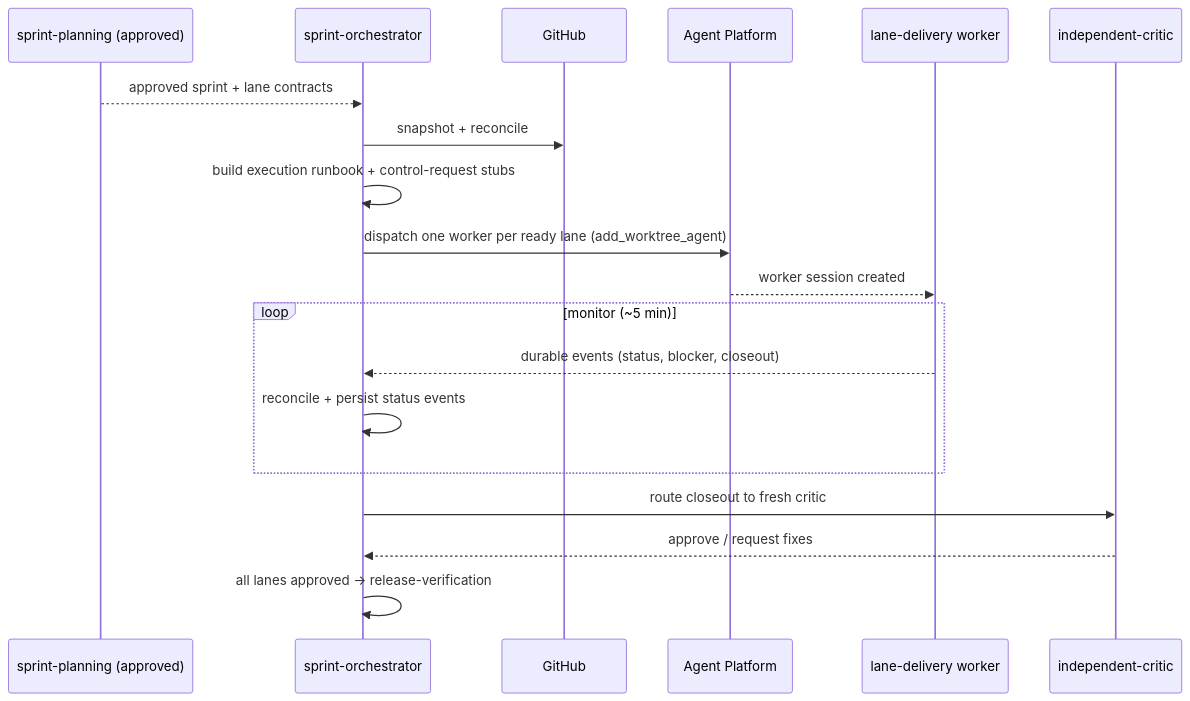
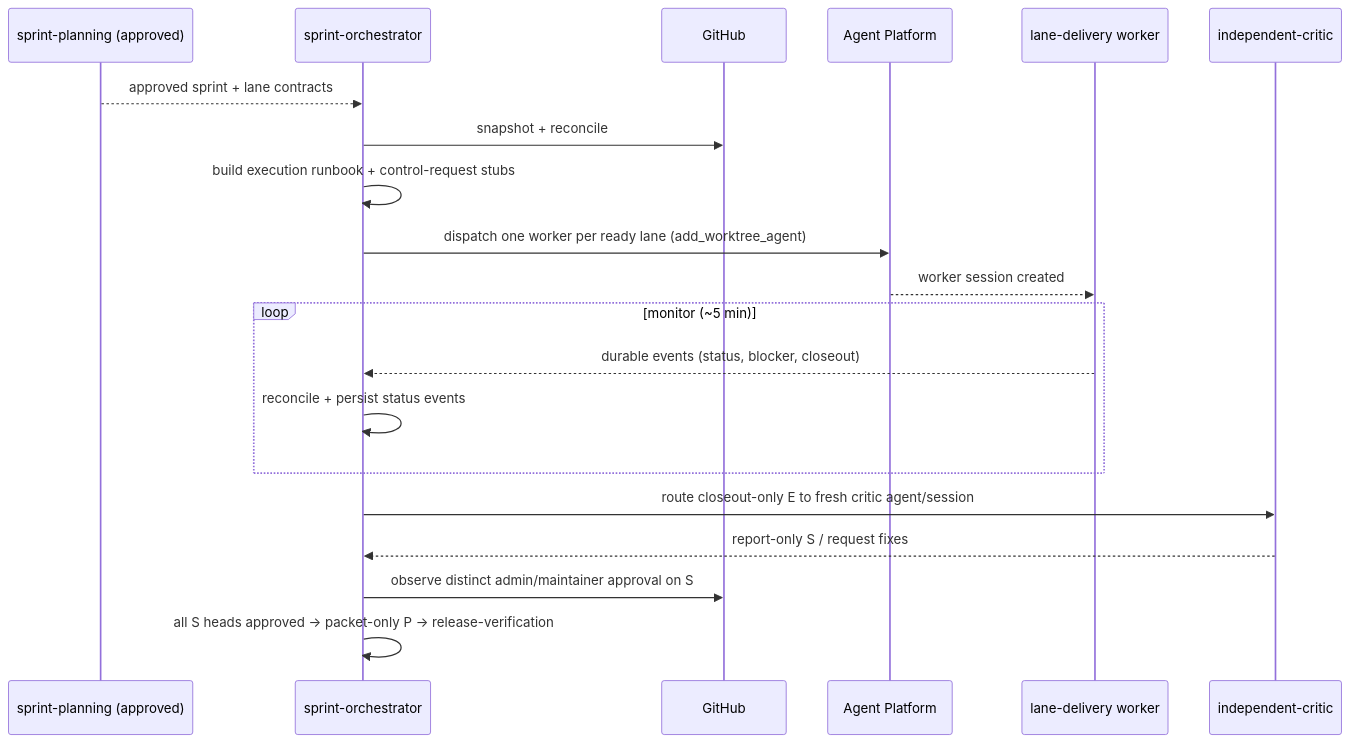
Before and after one commit to VerdifyConsultancy/verdify-skills: the diagram in docs/skills/per-skill/sprint-orchestrator.md, drawn with Mermaid. The commit also changed other lines of this file and 98 other files, not shown here.

````diff
--- a/docs/skills/per-skill/sprint-orchestrator.md
+++ b/docs/skills/per-skill/sprint-orchestrator.md
@@ -57,21 +58,22 @@
 ```mermaid
 sequenceDiagram
     participant SP as sprint-planning (approved)
     participant SO as sprint-orchestrator
     participant GH as GitHub
     participant AP as Agent Platform
     participant LD as lane-delivery worker
     participant IC as independent-critic
     SP-->>SO: approved sprint + lane contracts
     SO->>GH: snapshot + reconcile
     SO->>SO: build execution runbook + control-request stubs
     SO->>AP: dispatch one worker per ready lane (add_worktree_agent)
     AP-->>LD: worker session created
     loop monitor (~5 min)
         LD-->>SO: durable events (status, blocker, closeout)
         SO->>SO: reconcile + persist status events
     end
-    SO->>IC: route closeout to fresh critic
-    IC-->>SO: approve / request fixes
-    SO->>SO: all lanes approved → release-verification
+    SO->>IC: route closeout-only E to fresh critic agent/session
+    IC-->>SO: report-only S / request fixes
+    SO->>GH: observe distinct admin/maintainer approval on S
+    SO->>SO: all S heads approved → packet-only P → release-verification
 ```
````
